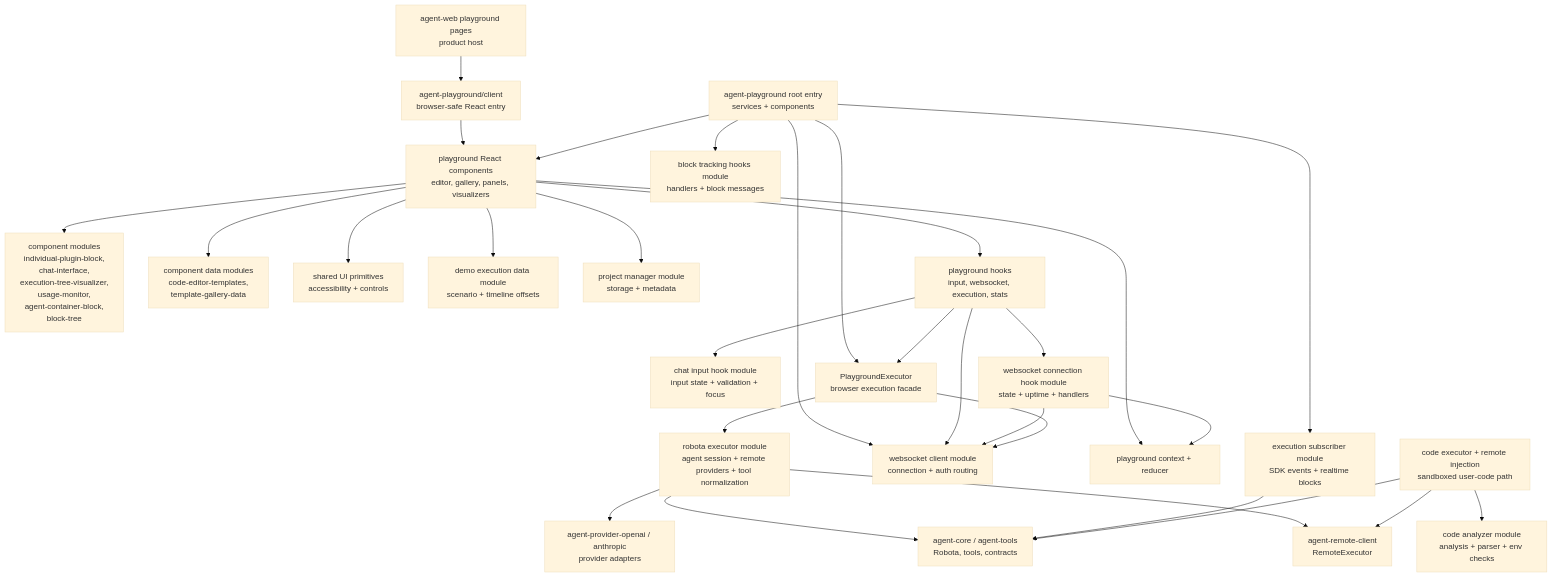
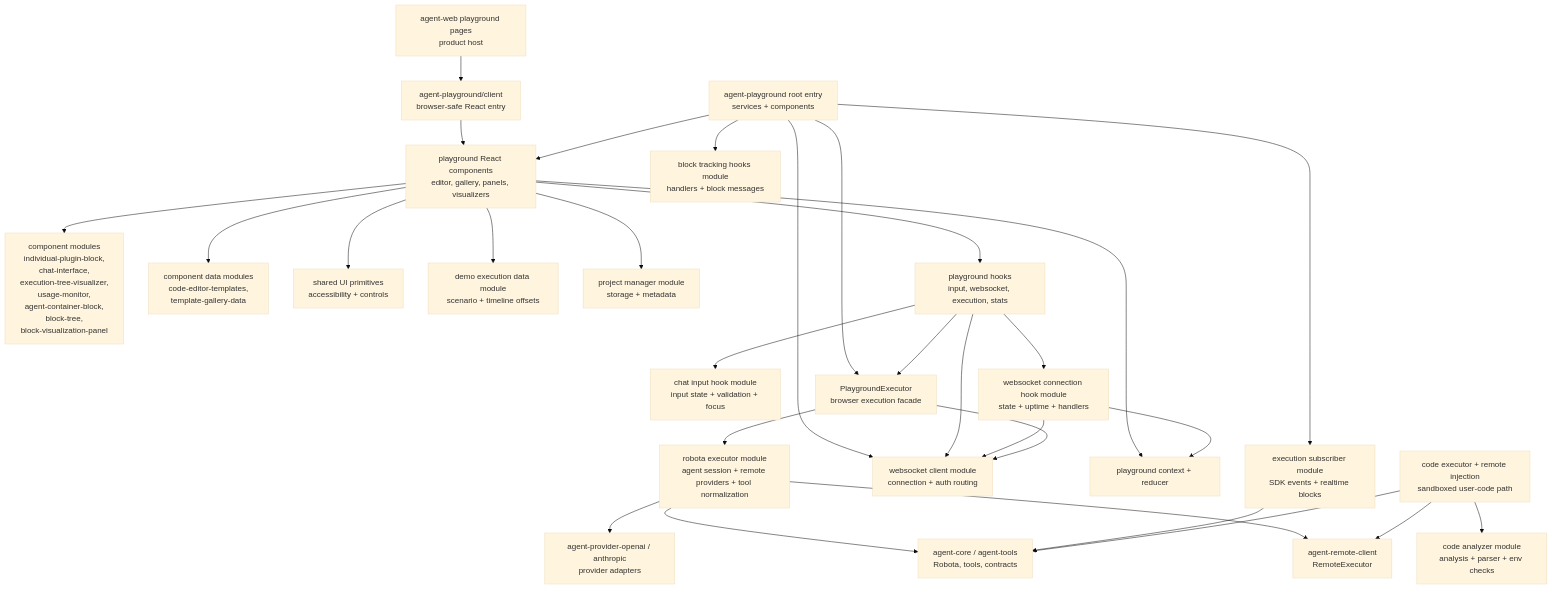
The third of 6 diagrams in .agents/specs/ARCHITECTURE-MAP.md (woojubb/robota), drawn with Mermaid (base theme) before and after one commit. The commit also changed other lines of this file and 17 other files, not shown here.

First line of the commit message:
refactor(playground): split block visualization panel (#267)

````diff
--- a/.agents/specs/ARCHITECTURE-MAP.md
+++ b/.agents/specs/ARCHITECTURE-MAP.md
@@ -121,56 +122,56 @@
 ```mermaid
 flowchart TD
   AgentWeb["agent-web playground pages\nproduct host"]
   ClientEntry["agent-playground/client\nbrowser-safe React entry"]
   RootEntry["agent-playground root entry\nservices + components"]
   Components["playground React components\neditor, gallery, panels, visualizers"]
-  ComponentModules["component modules\nindividual-plugin-block,\nchat-interface,\nexecution-tree-visualizer,\nusage-monitor,\nagent-container-block,\nblock-tree"]
+  ComponentModules["component modules\nindividual-plugin-block,\nchat-interface,\nexecution-tree-visualizer,\nusage-monitor,\nagent-container-block,\nblock-tree,\nblock-visualization-panel"]
   ComponentData["component data modules\ncode-editor-templates,\ntemplate-gallery-data"]
   UiPrimitives["shared UI primitives\naccessibility + controls"]
   DemoData["demo execution data module\nscenario + timeline offsets"]
   ProjectManager["project manager module\nstorage + metadata"]
   BlockHooks["block tracking hooks module\nhandlers + block messages"]
   ExecutionSubscriber["execution subscriber module\nSDK events + realtime blocks"]
   WebSocketClient["websocket client module\nconnection + auth routing"]
   ChatInputHook["chat input hook module\ninput state + validation + focus"]
   WebSocketHook["websocket connection hook module\nstate + uptime + handlers"]
   Hooks["playground hooks\ninput, websocket, execution, stats"]
   Context["playground context + reducer"]
   Executor["PlaygroundExecutor\nbrowser execution facade"]
   ExecutorModule["robota executor module\nagent session + remote providers + tool normalization"]
   RemoteInjection["code executor + remote injection\nsandboxed user-code path"]
   CodeAnalyzer["code analyzer module\nanalysis + parser + env checks"]
   RemoteClient["agent-remote-client\nRemoteExecutor"]
   Core["agent-core / agent-tools\nRobota, tools, contracts"]
   Providers["agent-provider-openai / anthropic\nprovider adapters"]
 
   AgentWeb --> ClientEntry
   ClientEntry --> Components
   RootEntry --> Components
   RootEntry --> Executor
   RootEntry --> BlockHooks
   RootEntry --> ExecutionSubscriber
   RootEntry --> WebSocketClient
   Components --> ComponentModules
   Components --> ComponentData
   Components --> UiPrimitives
   Components --> DemoData
   Components --> ProjectManager
   Components --> Hooks
   Components --> Context
   Hooks --> ChatInputHook
   Hooks --> WebSocketHook
   Hooks --> Executor
   Hooks --> WebSocketClient
   WebSocketHook --> Context
   WebSocketHook --> WebSocketClient
   RemoteInjection --> CodeAnalyzer
   Executor --> WebSocketClient
   Executor --> ExecutorModule
   ExecutorModule --> RemoteClient
   ExecutorModule --> Core
   ExecutorModule --> Providers
   ExecutionSubscriber --> Core
   RemoteInjection --> RemoteClient
   RemoteInjection --> Core
 ```
````
